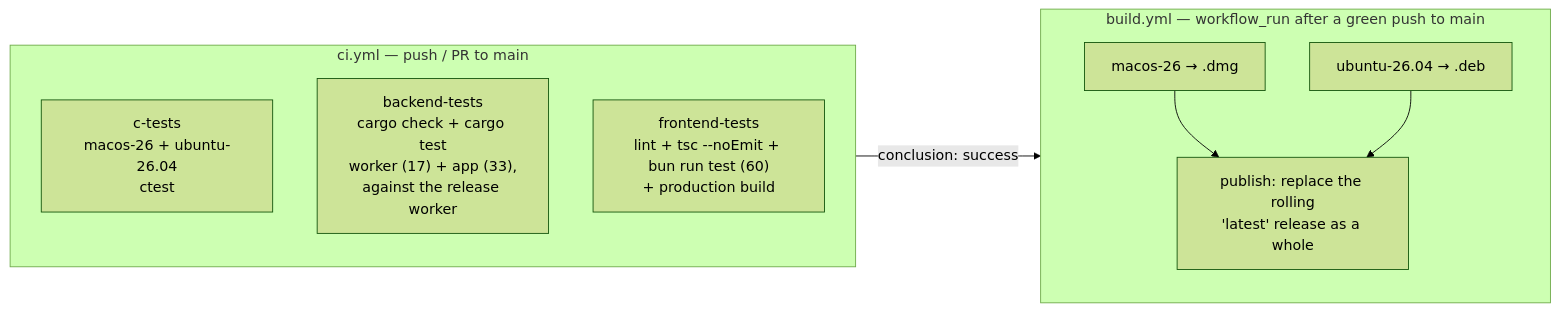
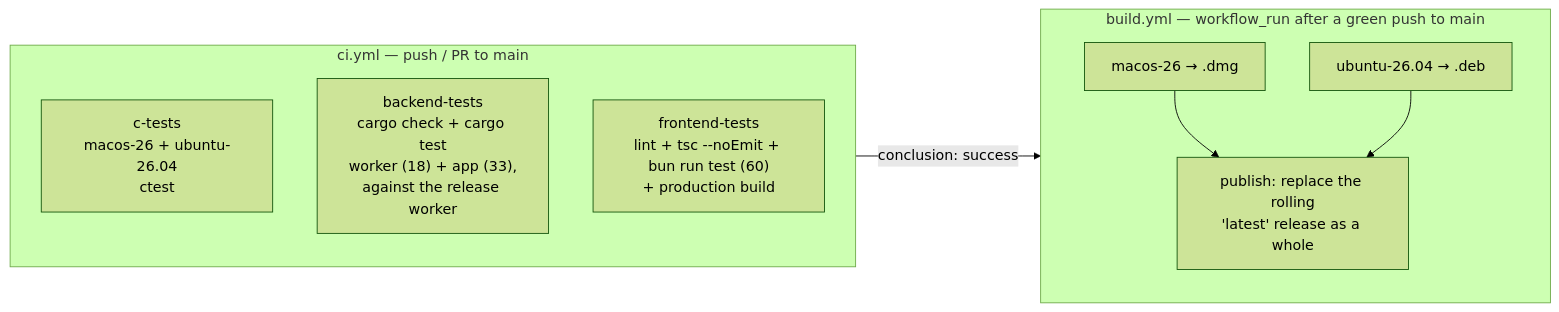
One commit to sersergious/surface-evolver changed the sixth of 6 diagrams in ARCHITECTURE.md. Above: the diagram before and after it, drawn with Mermaid (forest theme). The commit also changed other lines of this file and 12 other files, not shown here.

````diff
--- a/ARCHITECTURE.md
+++ b/ARCHITECTURE.md
@@ -299,17 +299,17 @@
 ```mermaid
 flowchart LR
     subgraph CI["ci.yml — push / PR to main"]
         direction TB
         C1["c-tests<br/>macos-26 + ubuntu-26.04<br/>ctest"]
-        C2["backend-tests<br/>cargo check + cargo test<br/>worker (17) + app (33),<br/>against the release worker"]
+        C2["backend-tests<br/>cargo check + cargo test<br/>worker (18) + app (33),<br/>against the release worker"]
         C3["frontend-tests<br/>lint + tsc --noEmit + bun run test (60)<br/>+ production build"]
     end
     subgraph BUILD["build.yml — workflow_run after a green push to main"]
         direction TB
         B1["macos-26 → .dmg"]
         B2["ubuntu-26.04 → .deb"]
         B1 --> REL["publish: replace the rolling<br/>'latest' release as a whole"]
         B2 --> REL
     end
     CI -- "conclusion: success" --> BUILD
 ```
````
